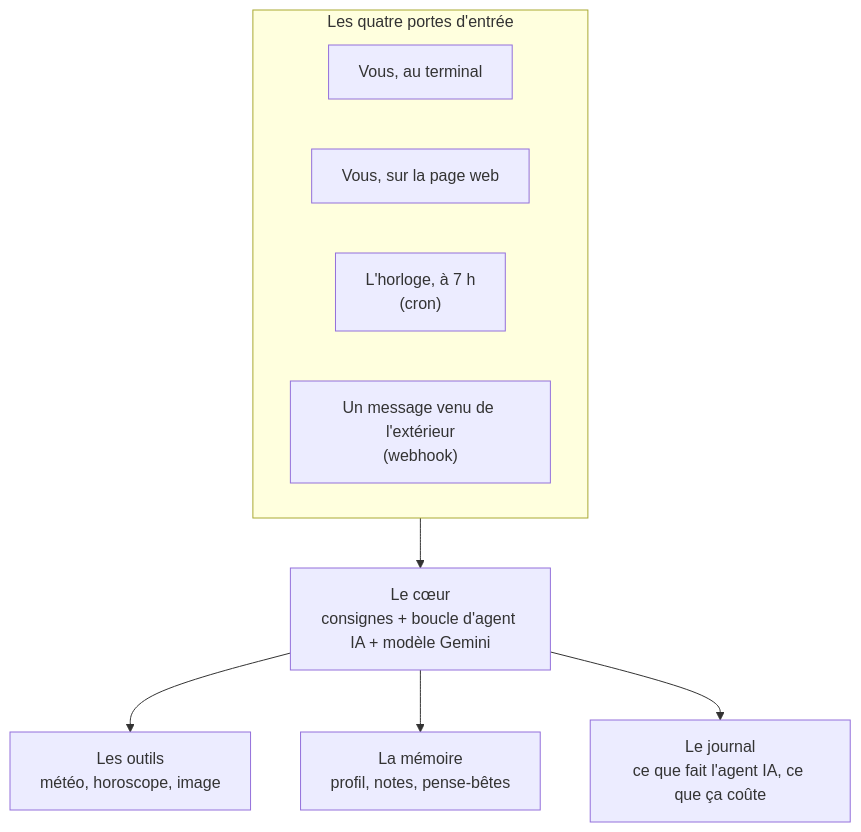
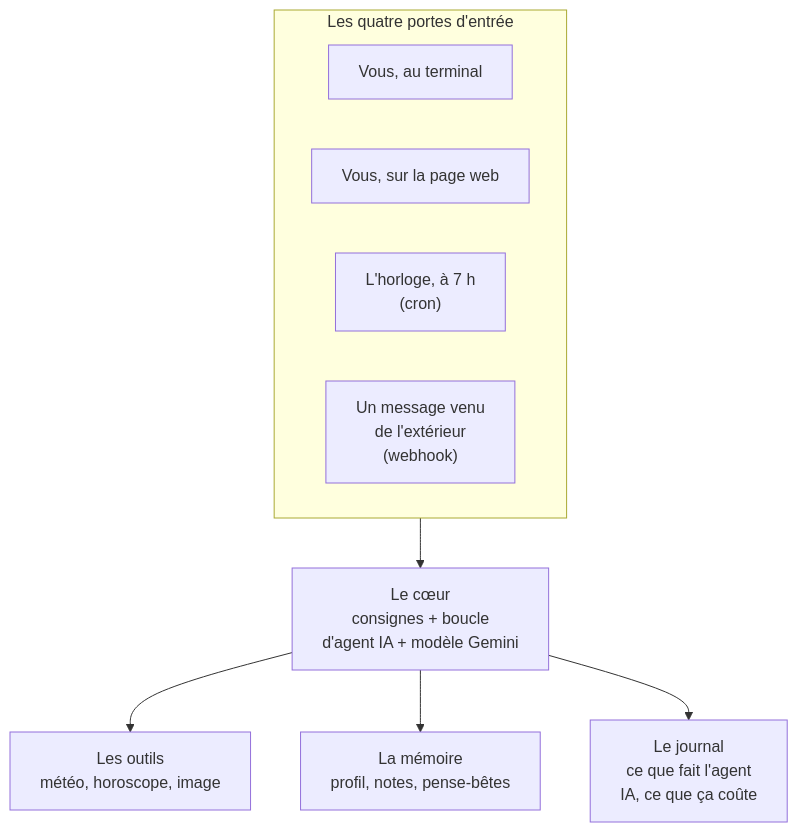
One commit to lecinquiemejour-code/goodvibe-tuto changed the third of 4 diagrams in README.md. Above: the diagram before and after it, drawn with Mermaid. The commit also changed other lines of this file and 1 other file, not shown here.

First line of the commit message:
fix(tuto, readme): lignes des boîtes redécoupées dans tous les diagrammes, pour ne plus être coupées sur GitHub

````diff
--- a/README.md
+++ b/README.md
@@ -92,13 +92,13 @@
 ```mermaid
 flowchart TD
     subgraph E["Les quatre portes d'entrée"]
         T1["Vous, au terminal"]
         T2["Vous, sur la page web"]
         T3["L'horloge, à 7 h<br/>(cron)"]
-        T4["Un message venu de l'extérieur<br/>(webhook)"]
+        T4["Un message venu<br/>de l'extérieur<br/>(webhook)"]
     end
-    E --> C["Le cœur<br/>consignes + boucle d'agent IA + modèle Gemini"]
+    E --> C["Le cœur<br/>consignes + boucle<br/>d'agent IA + modèle Gemini"]
     C --> O["Les outils<br/>météo, horoscope, image"]
     C --> MEM["La mémoire<br/>profil, notes, pense-bêtes"]
-    C --> JR["Le journal<br/>ce que fait l'agent IA, ce que ça coûte"]
+    C --> JR["Le journal<br/>ce que fait l'agent<br/>IA, ce que ça coûte"]
 ```
````
